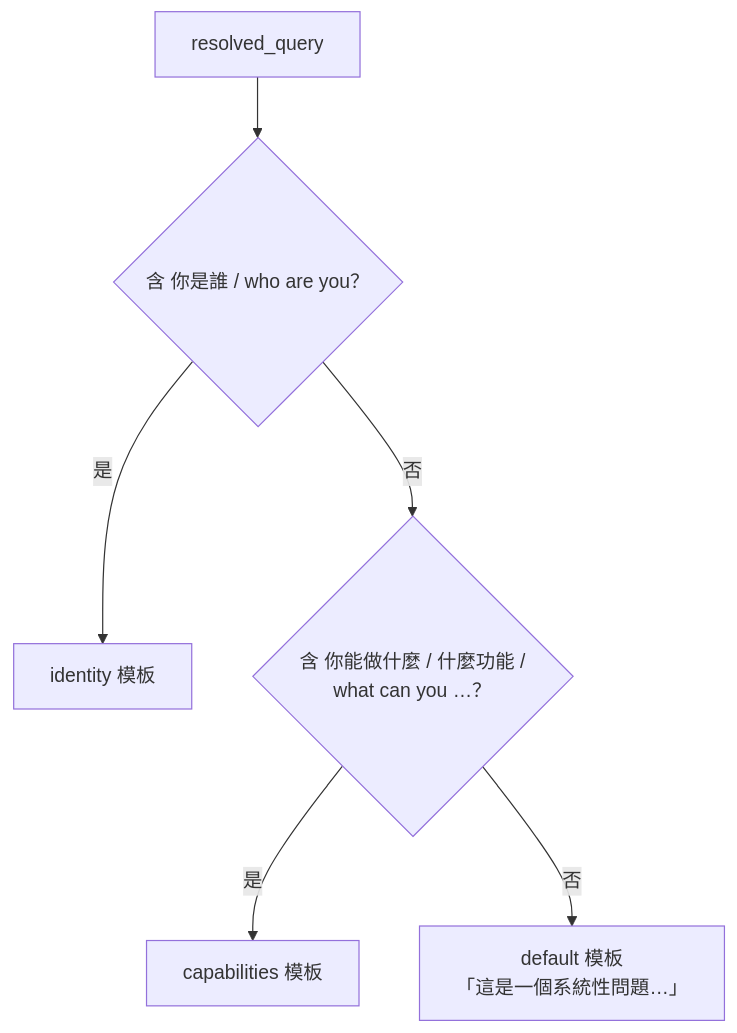
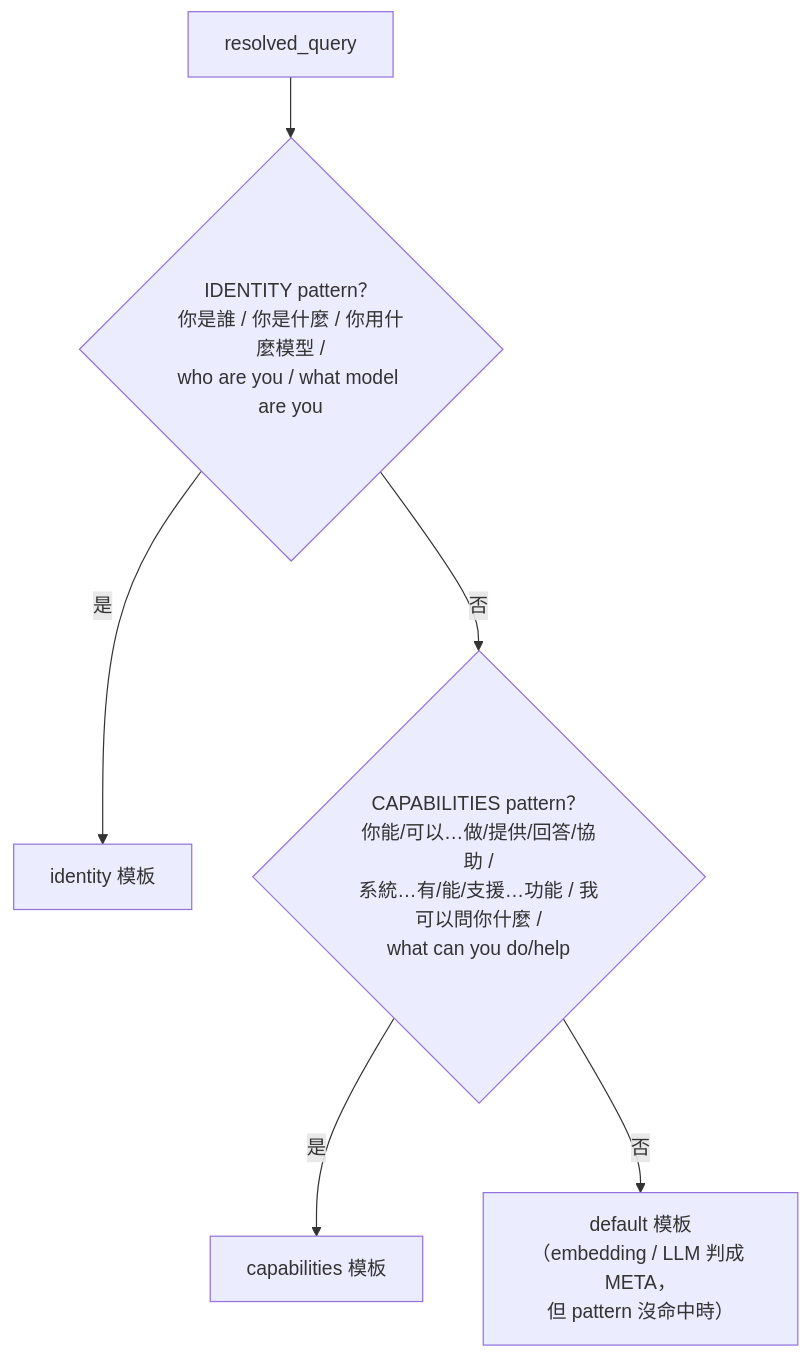
Before and after one commit to jltz1207/LoginFastapi: the second of 3 diagrams in docs/route/meta/what-meta-branch-does-20261015.md, drawn with Mermaid. The commit also changed other lines of this file and 5 other files, not shown here.

````diff
--- a/docs/route/meta/what-meta-branch-does-20261015.md
+++ b/docs/route/meta/what-meta-branch-does-20261015.md
@@ -35,8 +37,8 @@
 ```mermaid
 flowchart TD
-    Q[resolved_query] --> I{"含 你是誰 / who are you？"}
+    Q[resolved_query] --> I{"IDENTITY pattern？<br/>你是誰 / 你是什麼 / 你用什麼模型 /<br/>who are you / what model are you"}
     I -->|是| ID[identity 模板]
-    I -->|否| C{"含 你能做什麼 / 什麼功能 /<br/>what can you …？"}
+    I -->|否| C{"CAPABILITIES pattern？<br/>你能/可以…做/提供/回答/協助 /<br/>系統…有/能/支援…功能 / 我可以問你什麼 /<br/>what can you do/help"}
     C -->|是| CAP[capabilities 模板]
-    C -->|否| D["default 模板<br/>「這是一個系統性問題…」"]
+    C -->|否| D["default 模板<br/>（embedding / LLM 判成 META，<br/>但 pattern 沒命中時）"]
 ```
````
